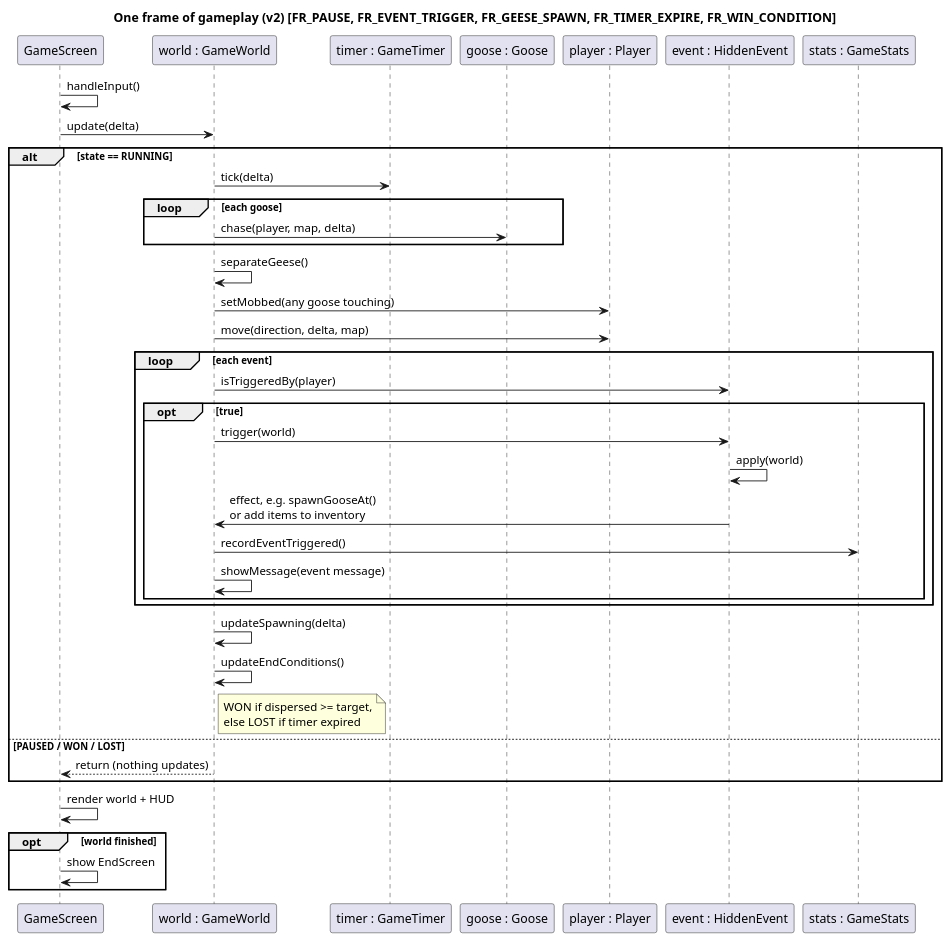
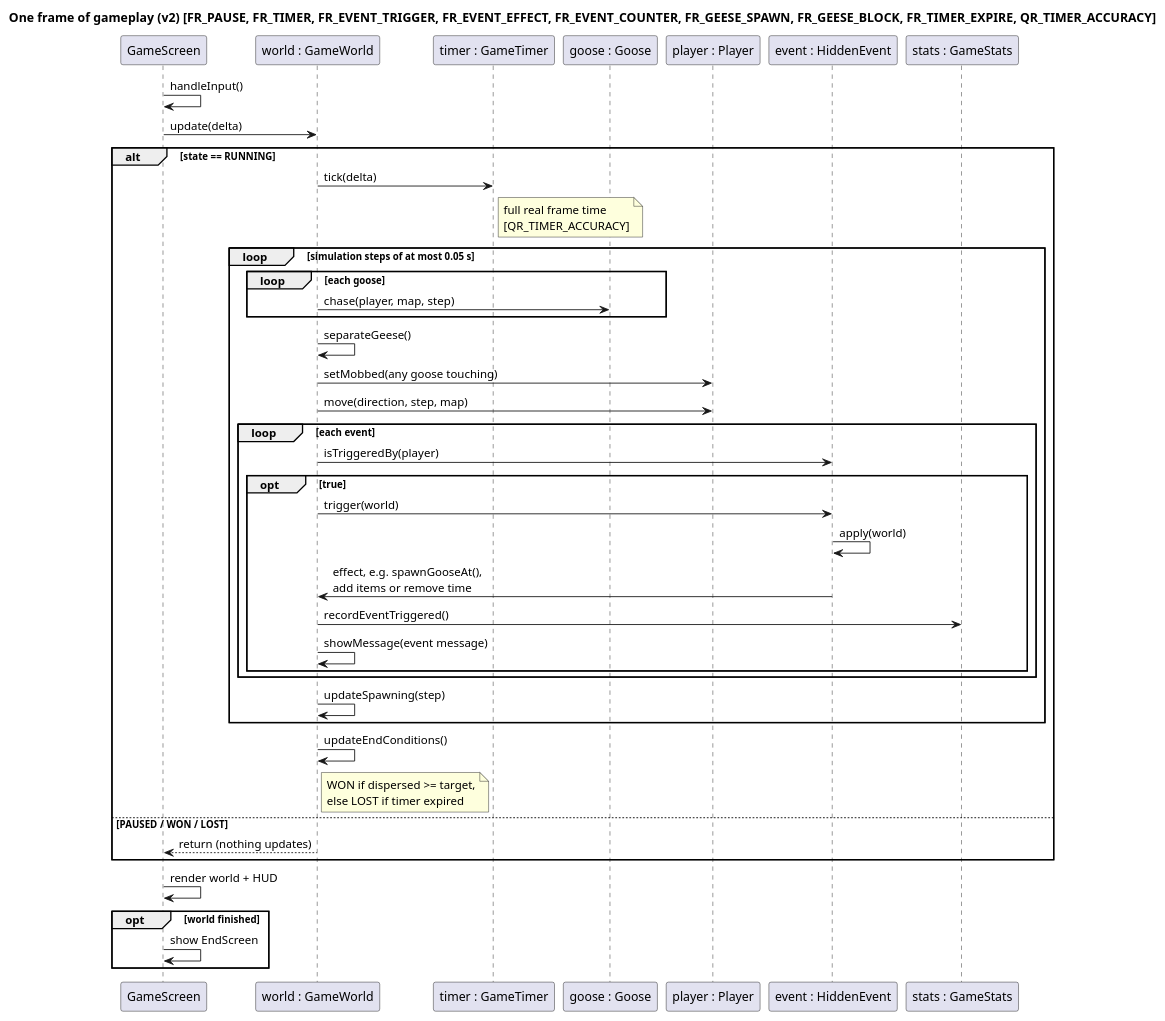
The diagram in architecture/v2/6-seq-update.puml (dns2jtm/Eng1_Project_Team8), drawn with PlantUML before and after one commit. The commit also changed 16 other files, not shown here.

First line of the commit message:
Update diagrams, traceability and docs for Req1 alignment

```diff
--- a/architecture/v2/6-seq-update.puml
+++ b/architecture/v2/6-seq-update.puml
@@ -1,44 +1,47 @@
 @startuml seq-update
-title One frame of gameplay (v2) [FR_PAUSE, FR_EVENT_TRIGGER, FR_GEESE_SPAWN, FR_TIMER_EXPIRE, FR_WIN_CONDITION]
+title One frame of gameplay (v2) [FR_PAUSE, FR_TIMER, FR_EVENT_TRIGGER, FR_EVENT_EFFECT, FR_EVENT_COUNTER, FR_GEESE_SPAWN, FR_GEESE_BLOCK, FR_TIMER_EXPIRE, QR_TIMER_ACCURACY]
 participant "GameScreen" as S
 participant "world : GameWorld" as W
 participant "timer : GameTimer" as T
 participant "goose : Goose" as G
 participant "player : Player" as P
 participant "event : HiddenEvent" as E
 participant "stats : GameStats" as ST
 
 S -> S : handleInput()
 S -> W : update(delta)
 alt state == RUNNING
   W -> T : tick(delta)
-  loop each goose
-    W -> G : chase(player, map, delta)
+  note right of T : full real frame time\n[QR_TIMER_ACCURACY]
+  loop simulation steps of at most 0.05 s
+    loop each goose
+      W -> G : chase(player, map, step)
+    end
+    W -> W : separateGeese()
+    W -> P : setMobbed(any goose touching)
+    W -> P : move(direction, step, map)
+    loop each event
+      W -> E : isTriggeredBy(player)
+      opt true
+        W -> E : trigger(world)
+        E -> E : apply(world)
+        E -> W : effect, e.g. spawnGooseAt(),\nadd items or remove time
+        W -> ST : recordEventTriggered()
+        W -> W : showMessage(event message)
+      end
+    end
+    W -> W : updateSpawning(step)
   end
-  W -> W : separateGeese()
-  W -> P : setMobbed(any goose touching)
-  W -> P : move(direction, delta, map)
-  loop each event
-    W -> E : isTriggeredBy(player)
-    opt true
-      W -> E : trigger(world)
-      E -> E : apply(world)
-      E -> W : effect, e.g. spawnGooseAt()\nor add items to inventory
-      W -> ST : recordEventTriggered()
-      W -> W : showMessage(event message)
-    end
-  end
-  W -> W : updateSpawning(delta)
   W -> W : updateEndConditions()
   note right of W
     WON if dispersed >= target,
     else LOST if timer expired
   end note
 else PAUSED / WON / LOST
   W --> S : return (nothing updates)
 end
 S -> S : render world + HUD
 opt world finished
   S -> S : show EndScreen
 end
 @enduml
```
